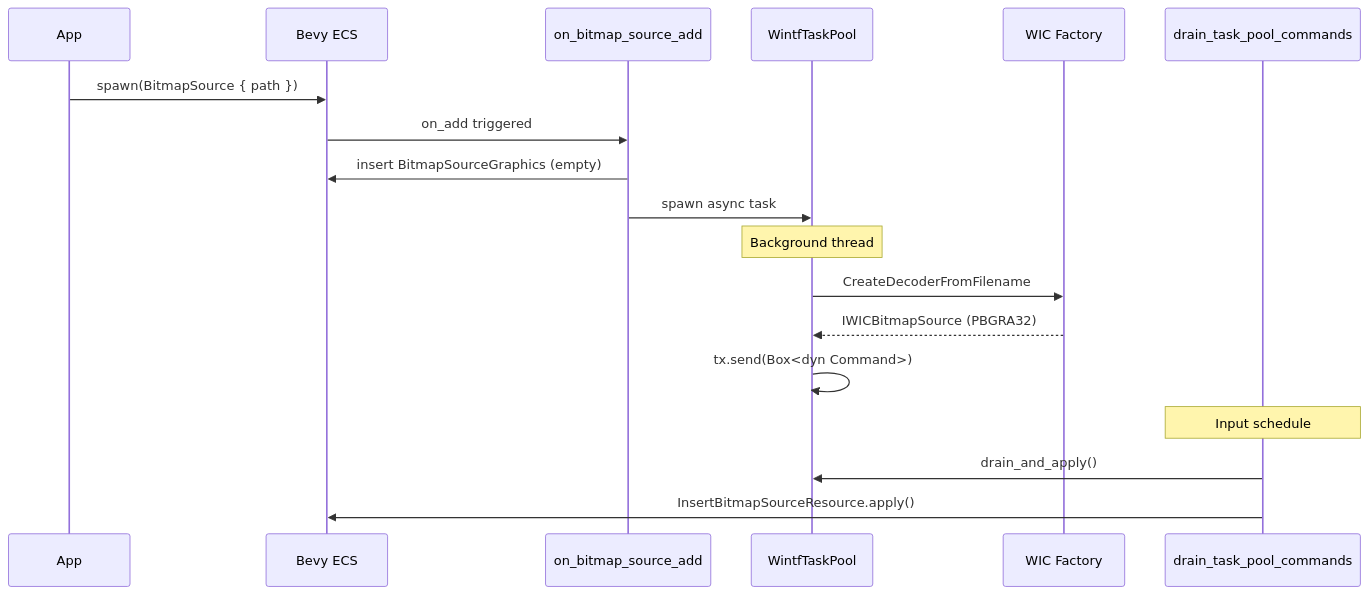
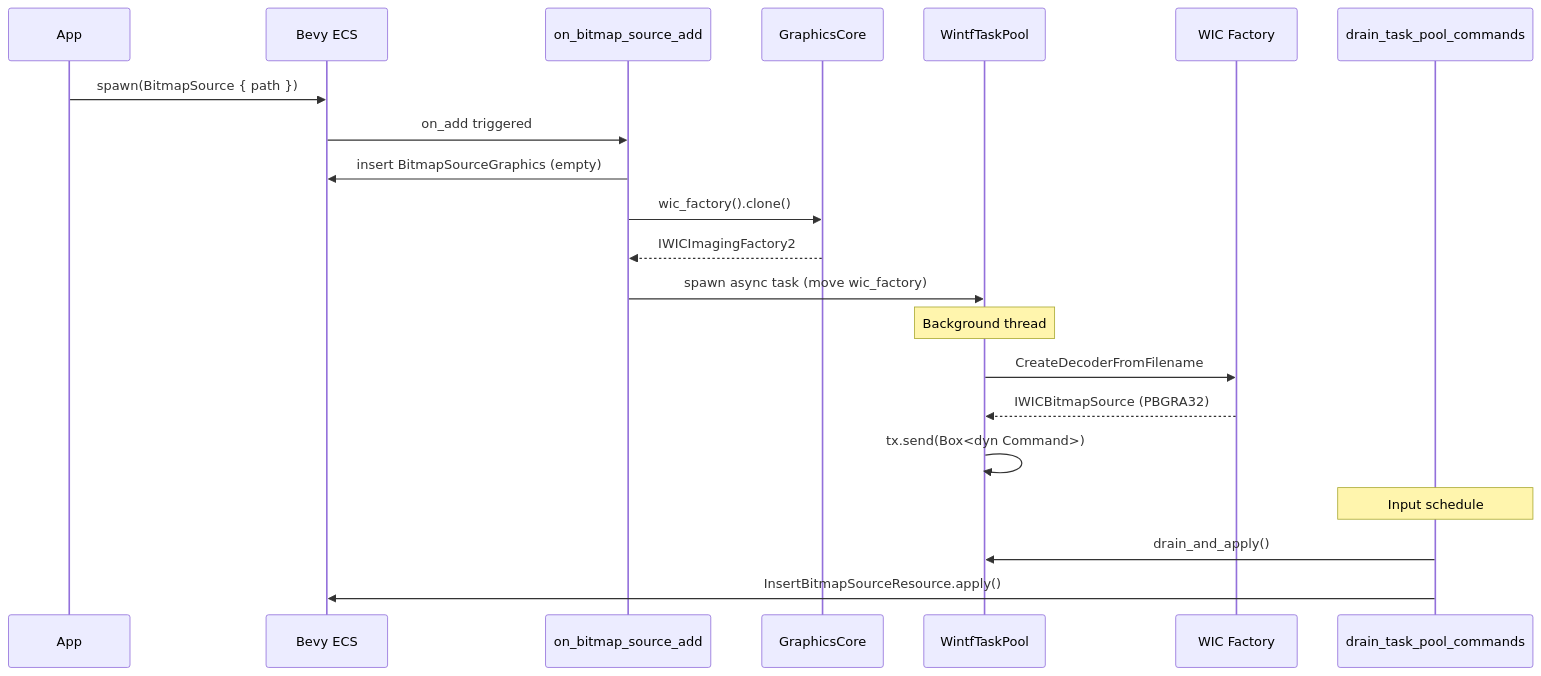
The third of 5 diagrams in .kiro/specs/wintf-P0-image-widget/design.md (ekicyou/dcomp_sample-rs), drawn with Mermaid before and after one commit. The commit also changed other lines of this file and 1 other file, not shown here.

First line of the commit message:
docs(spec): WICファクトリをGraphicsCoreに追加、clone→moveパターン

````diff
--- a/.kiro/specs/wintf-P0-image-widget/design.md
+++ b/.kiro/specs/wintf-P0-image-widget/design.md
@@ -138,22 +138,25 @@
 ```mermaid
 sequenceDiagram
     participant App
     participant ECS as Bevy ECS
     participant Hook as on_bitmap_source_add
+    participant GC as GraphicsCore
     participant TP as WintfTaskPool
     participant WIC as WIC Factory
     participant Sys as drain_task_pool_commands
     
     App->>ECS: spawn(BitmapSource { path })
     ECS->>Hook: on_add triggered
     Hook->>ECS: insert BitmapSourceGraphics (empty)
-    Hook->>TP: spawn async task
+    Hook->>GC: wic_factory().clone()
+    GC-->>Hook: IWICImagingFactory2
+    Hook->>TP: spawn async task (move wic_factory)
     Note over TP: Background thread
     TP->>WIC: CreateDecoderFromFilename
     WIC-->>TP: IWICBitmapSource (PBGRA32)
     TP->>TP: tx.send(Box<dyn Command>)
     
     Note over Sys: Input schedule
     Sys->>TP: drain_and_apply()
     Sys->>ECS: InsertBitmapSourceResource.apply()
 ```
````
